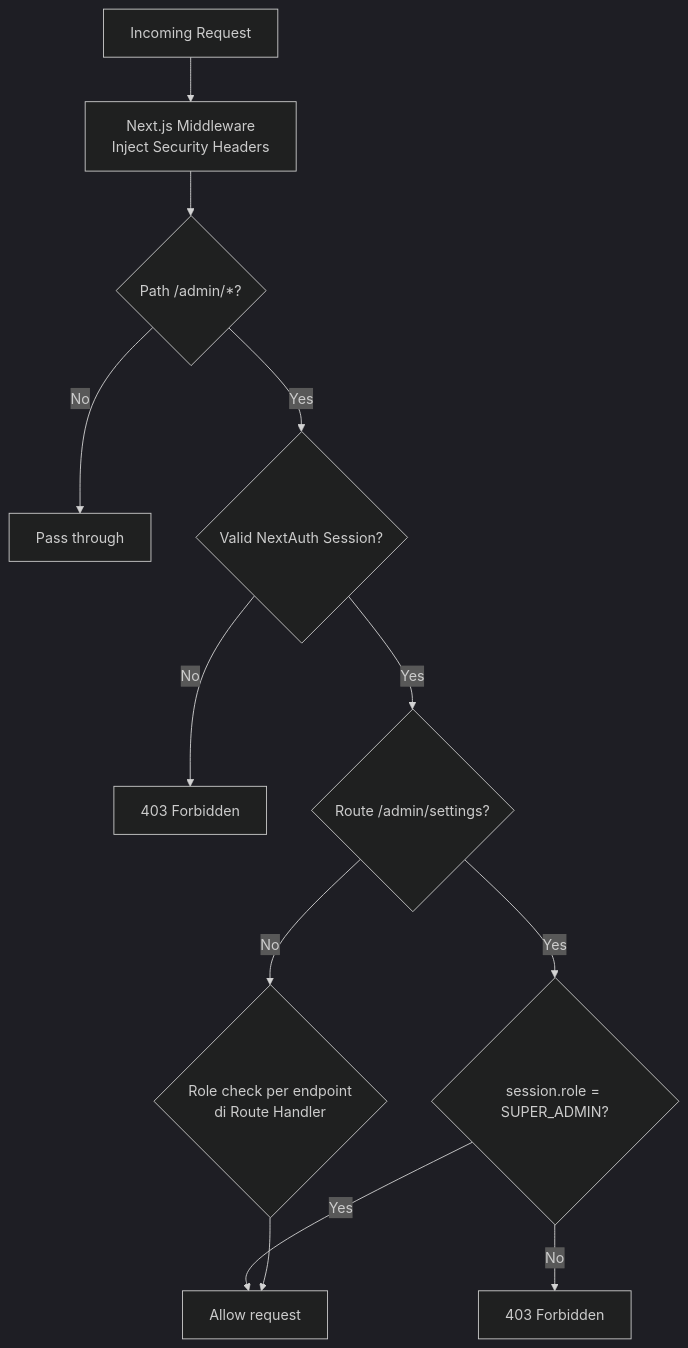
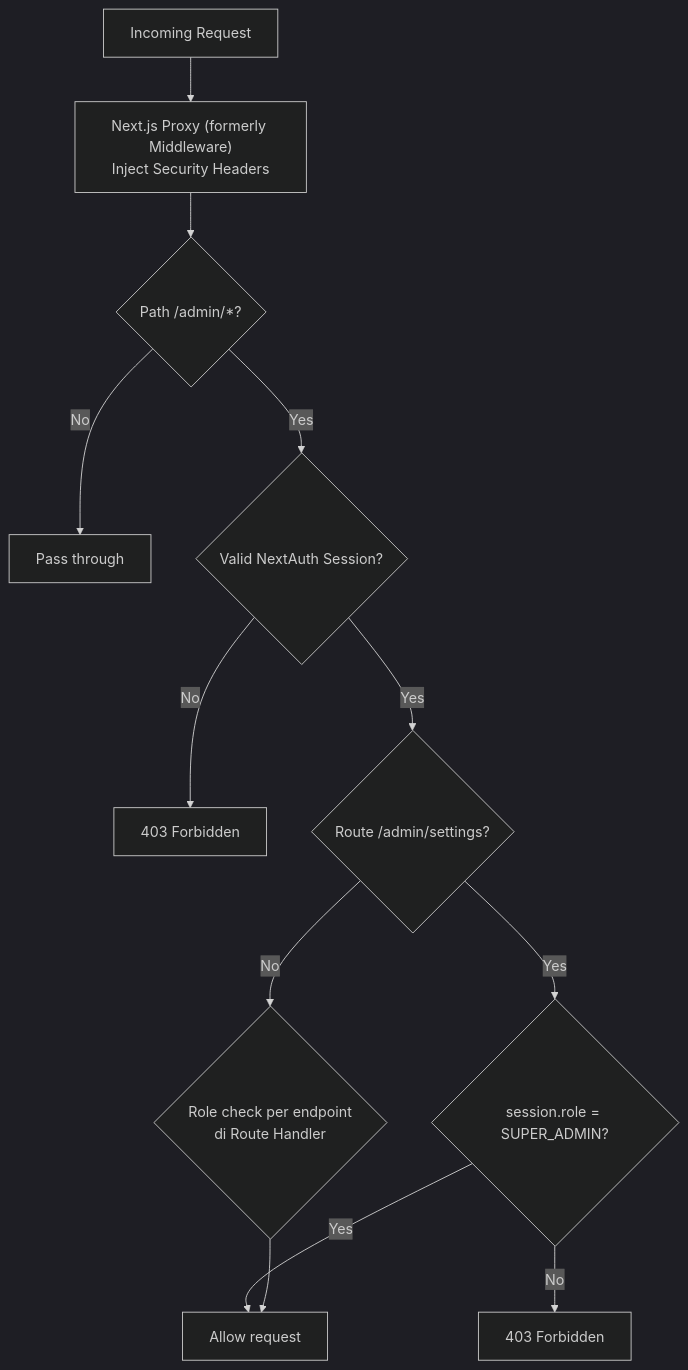
The seventh of 13 diagrams in docs/02_SYSTEM_ARCHITECTURE.md (Claritys11/web-pilketos), drawn with Mermaid (dark theme) before and after one commit. The commit also changed other lines of this file and 72 other files, not shown here.

````diff
--- a/docs/02_SYSTEM_ARCHITECTURE.md
+++ b/docs/02_SYSTEM_ARCHITECTURE.md
@@ -383,18 +389,18 @@
 ```mermaid
 flowchart TD
-    REQ["Incoming Request"] --> MW["Next.js Middleware\nInject Security Headers"]
+    REQ["Incoming Request"] --> MW["Next.js Proxy (formerly Middleware)\nInject Security Headers"]
 
     MW --> CHK1{"Path /admin/*?"}
     CHK1 -->|No| PASSTHROUGH["Pass through"]
     CHK1 -->|Yes| CHK3{"Valid NextAuth Session?"}
 
     CHK3 -->|No| R403A["403 Forbidden"]
     CHK3 -->|Yes| CHK4{"Route /admin/settings?"}
 
     CHK4 -->|No| RBAC{"Role check per endpoint\ndi Route Handler"}
     CHK4 -->|Yes| CHK5{"session.role = SUPER_ADMIN?"}
 
     CHK5 -->|No| R403B["403 Forbidden"]
     CHK5 -->|Yes| ALLOW["Allow request"]
     RBAC --> ALLOW
 ```
````
